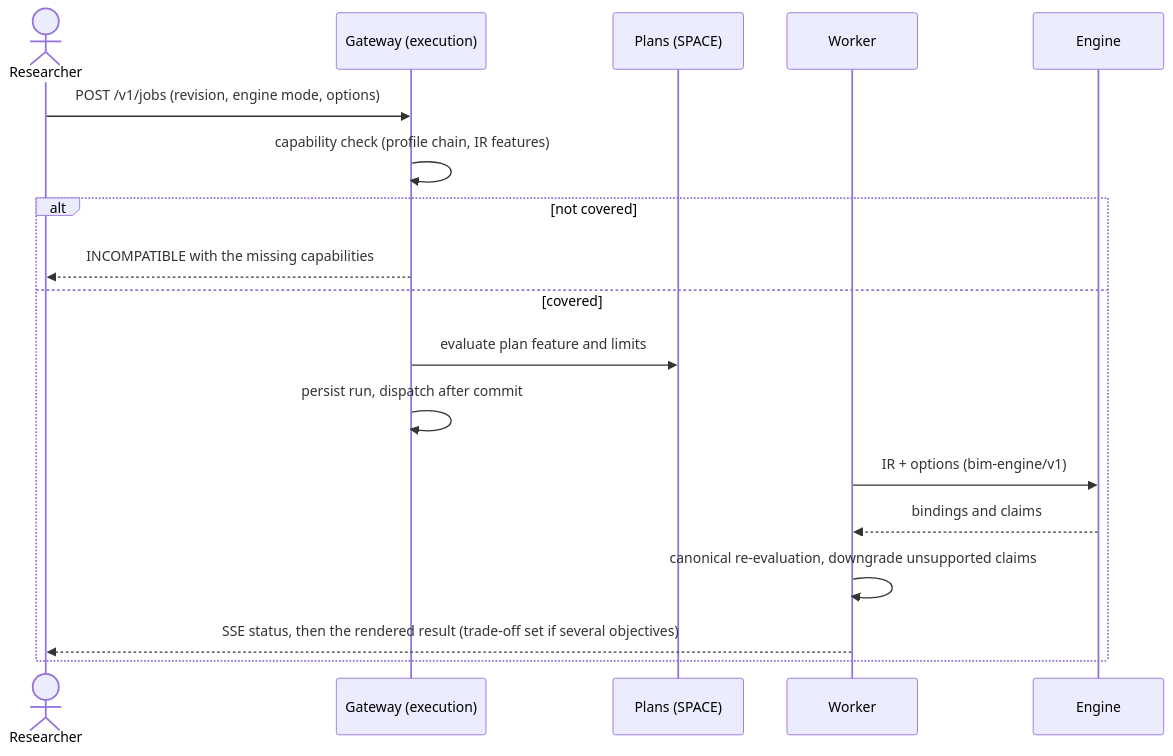
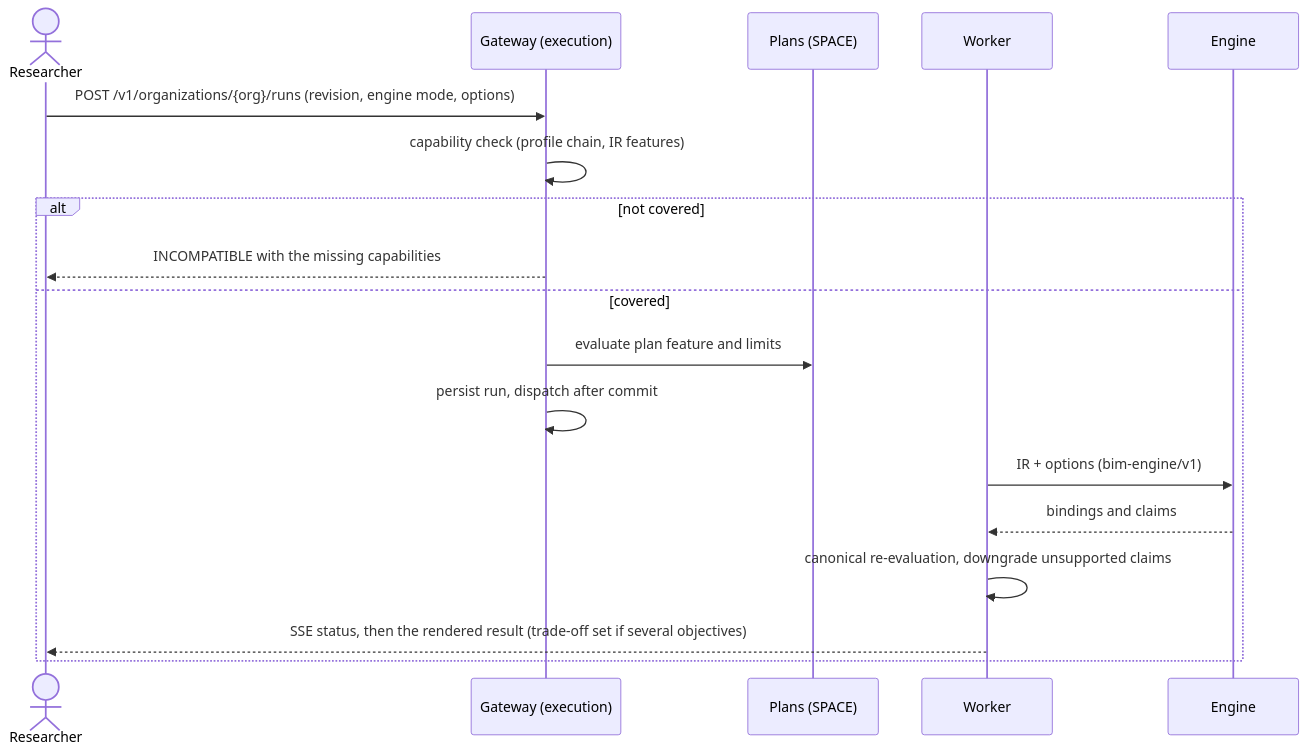
The fifth of 6 diagrams in docs/ARCHITECTURE.md (isa-group/OpenBinding), drawn with Mermaid before and after one commit. The commit also changed other lines of this file and 198 other files, not shown here.

````diff
--- a/docs/ARCHITECTURE.md
+++ b/docs/ARCHITECTURE.md
@@ -321,20 +321,20 @@
 ```mermaid
 sequenceDiagram
   actor U as Researcher
   participant G as Gateway (execution)
   participant P as Plans (SPACE)
   participant Q as Worker
   participant E as Engine
-  U->>G: POST /v1/jobs (revision, engine mode, options)
+  U->>G: POST /v1/organizations/{org}/runs (revision, engine mode, options)
   G->>G: capability check (profile chain, IR features)
   alt not covered
     G-->>U: INCOMPATIBLE with the missing capabilities
   else covered
     G->>P: evaluate plan feature and limits
     G->>G: persist run, dispatch after commit
     Q->>E: IR + options (bim-engine/v1)
     E-->>Q: bindings and claims
     Q->>Q: canonical re-evaluation, downgrade unsupported claims
     Q-->>U: SSE status, then the rendered result (trade-off set if several objectives)
   end
 ```
````
